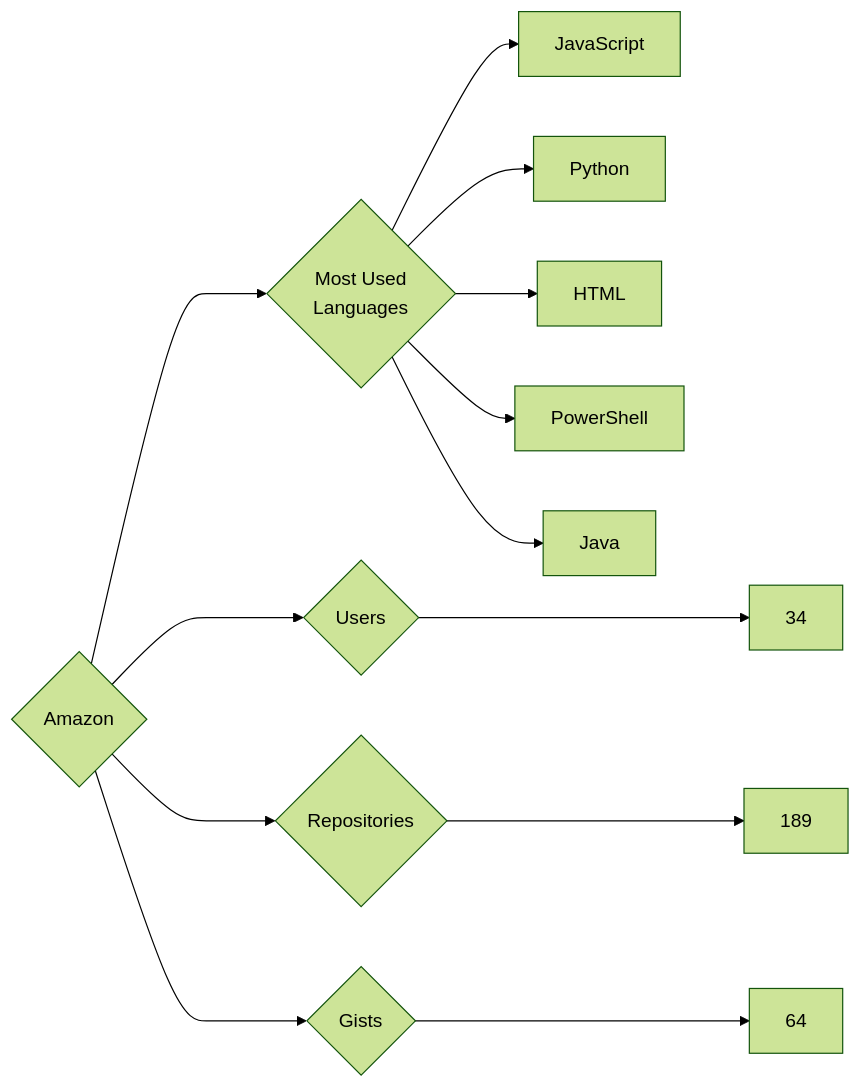
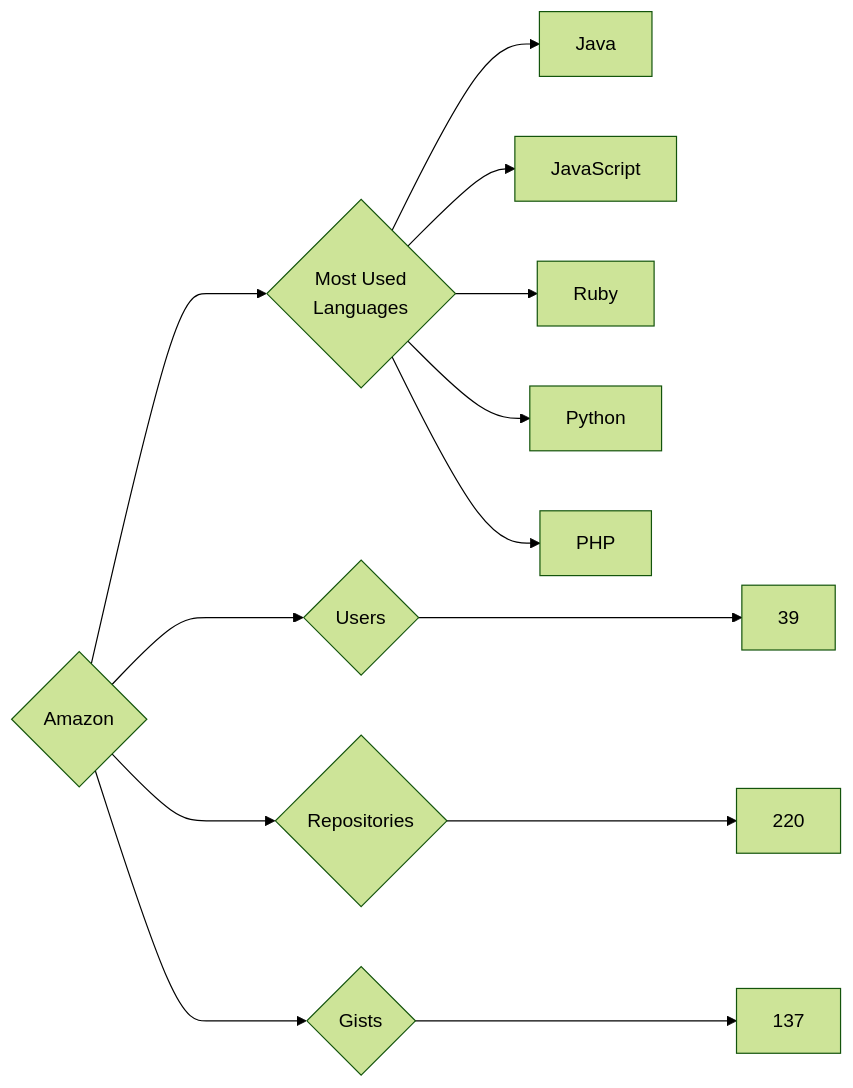
Before and after one commit to trickest/insiders: the diagram in targets/Amazon/README.md, drawn with Mermaid (forest theme). The commit also changed 984 other files, not shown here.

````diff
--- a/targets/Amazon/README.md
+++ b/targets/Amazon/README.md
@@ -3,13 +3,13 @@
 ```mermaid
 graph LR
 COMPANY_NAME{Amazon}
-COMPANY_NAME ---> U{Users} ---> UN[34]
-COMPANY_NAME ---> R{Repositories} ---> RN[189]
-COMPANY_NAME ---> G{Gists} ---> GN[64]
+COMPANY_NAME ---> U{Users} ---> UN[39]
+COMPANY_NAME ---> R{Repositories} ---> RN[220]
+COMPANY_NAME ---> G{Gists} ---> GN[137]
 COMPANY_NAME ---> ML{Most Used<br>Languages}
+ML --> Java[Java]
 ML --> JavaScript[JavaScript]
+ML --> Ruby[Ruby]
 ML --> Python[Python]
-ML --> HTML[HTML]
-ML --> PowerShell[PowerShell]
-ML --> Java[Java]
+ML --> PHP[PHP]
 ```
````
